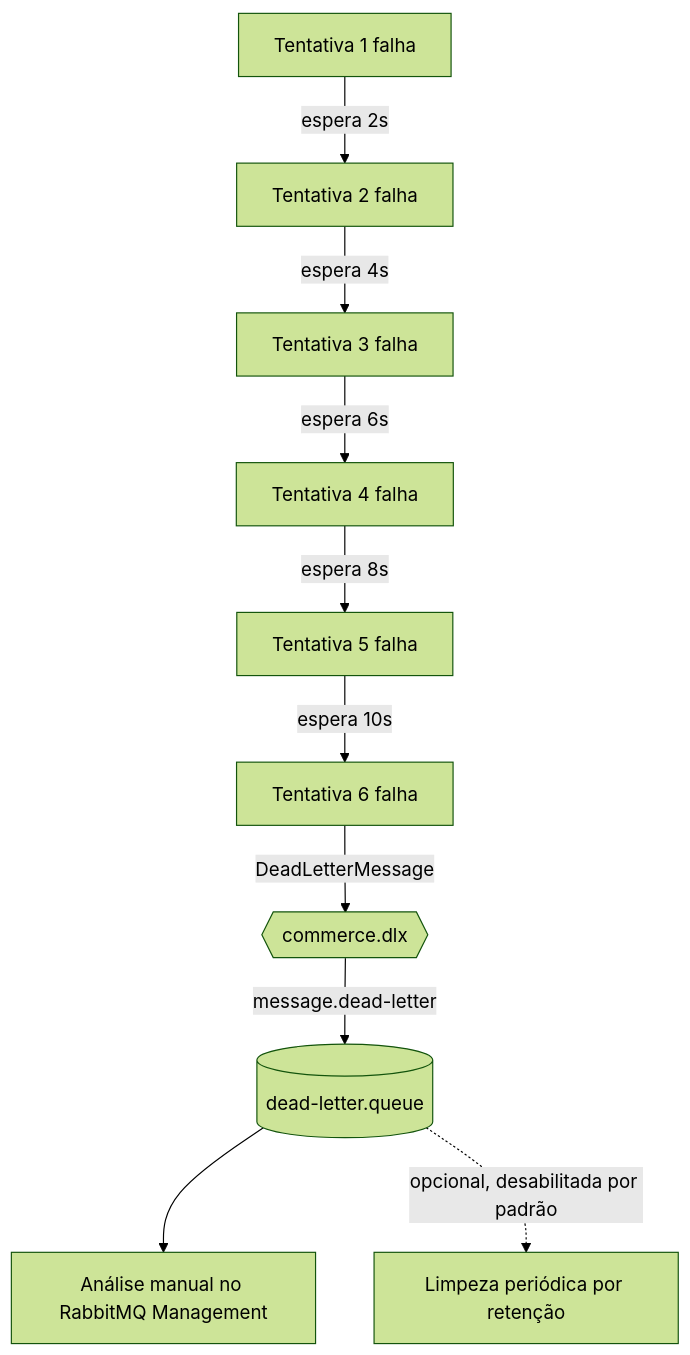
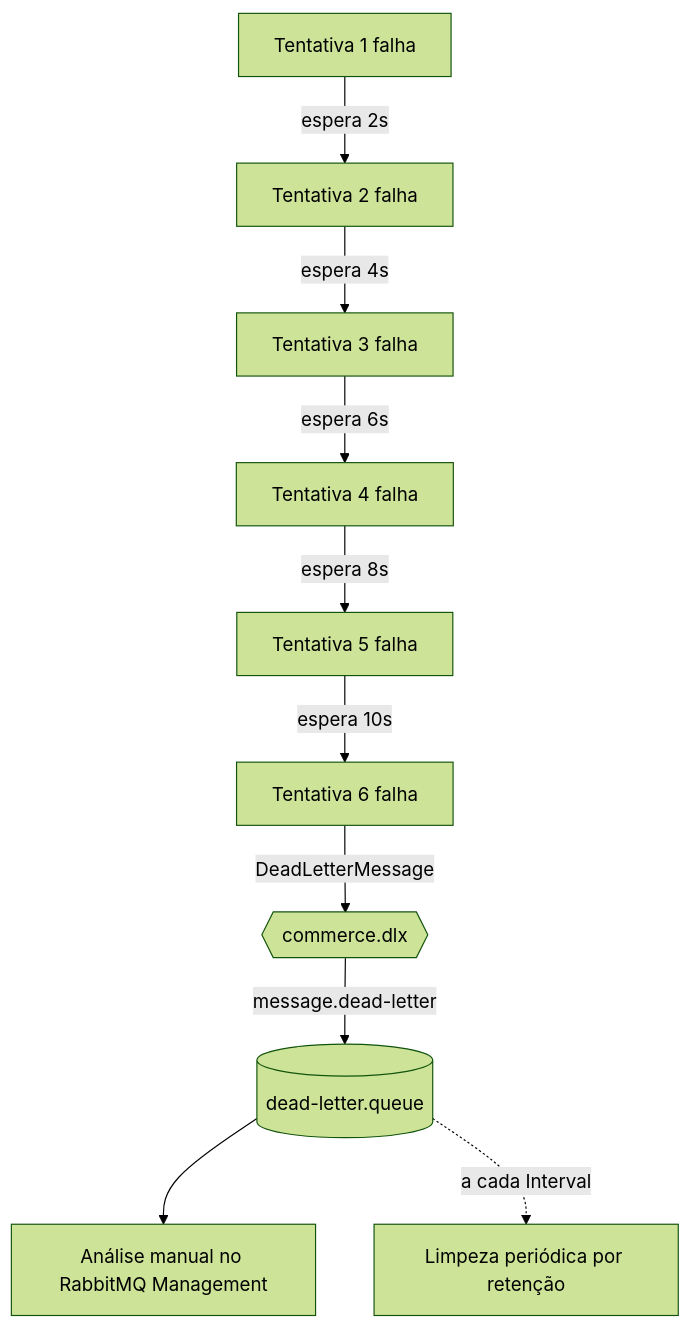
Before and after one commit to gameking360/Trabalho2SistemasDistribuidos: the fifth of 5 diagrams in README.md, drawn with Mermaid (forest theme). The commit also changed other lines of this file and 30 other files, not shown here.

Commit message:
Notificar movimentação rejeitada e habilitar limpeza da DLQ

````diff
--- a/README.md
+++ b/README.md
@@ -251,12 +253,12 @@
 ```mermaid
 flowchart TD
     T1["Tentativa 1 falha"] -->|espera 2s| T2["Tentativa 2 falha"]
     T2 -->|espera 4s| T3["Tentativa 3 falha"]
     T3 -->|espera 6s| T4["Tentativa 4 falha"]
     T4 -->|espera 8s| T5["Tentativa 5 falha"]
     T5 -->|espera 10s| T6["Tentativa 6 falha"]
     T6 -->|DeadLetterMessage| DLX{{"commerce.dlx"}}
     DLX -->|message.dead-letter| DLQ[("dead-letter.queue")]
     DLQ --> M["Análise manual no RabbitMQ Management"]
-    DLQ -.->|"opcional, desabilitada por padrão"| CL["Limpeza periódica por retenção"]
+    DLQ -.->|"a cada Interval"| CL["Limpeza periódica por retenção"]
 ```
````
